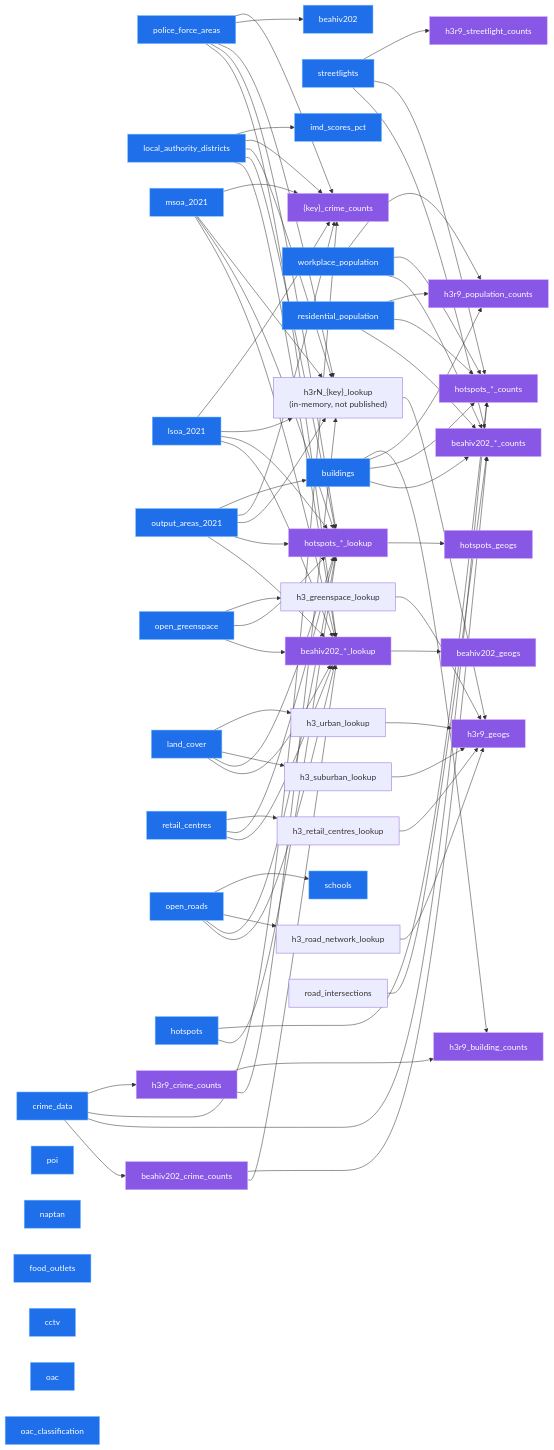
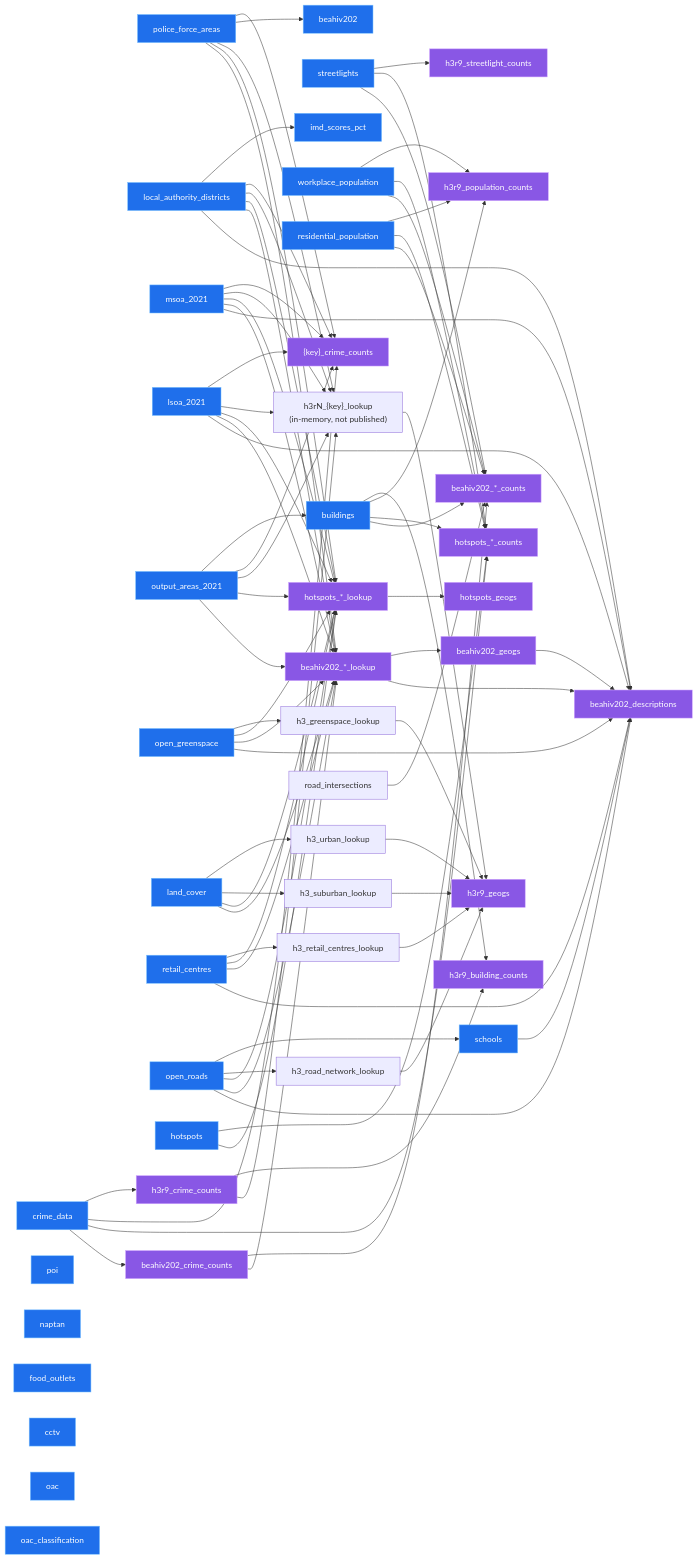
Before and after one commit to safer-streets/safer-streets-tooling: the diagram in README.md, drawn with Mermaid. The commit also changed other lines of this file and 6 other files, not shown here.

First line of the commit message:
Add beahiv_descriptions: human-readable locations for BEAHIV cells (#21)

````diff
--- a/README.md
+++ b/README.md
@@ -121,6 +125,7 @@
    beahiv_counts_other["beahiv202_*_counts"]
    beahiv_lookups["beahiv202_*_lookup"]
    beahiv202_geogs
+   beahiv202_descriptions
 
    direction LR
 
@@ -200,10 +205,19 @@
     open_roads --> beahiv_lookups
     retail_centres --> beahiv_lookups
     beahiv_lookups --> beahiv202_geogs
+    beahiv202_geogs --> beahiv202_descriptions
+    beahiv_lookups --> beahiv202_descriptions
+    open_roads --> beahiv202_descriptions
+    open_greenspace --> beahiv202_descriptions
+    schools --> beahiv202_descriptions
+    retail_centres --> beahiv202_descriptions
+    local_authority_districts --> beahiv202_descriptions
+    msoa_2021 --> beahiv202_descriptions
+    lsoa_2021 --> beahiv202_descriptions
 
     %% colour by phase, tuned for dark backgrounds (white text on saturated fills, light strokes)
     classDef extract fill:#1f6feb,stroke:#79c0ff,stroke-width:1px,color:#ffffff;
     classDef transform fill:#8957e5,stroke:#d2a8ff,stroke-width:1px,color:#ffffff;
     class crime_data,police_force_areas,local_authority_districts,msoa_2021,lsoa_2021,output_areas_2021,open_greenspace,land_cover,buildings,retail_centres,open_roads,poi,naptan,food_outlets,streetlights,cctv,schools,imd_scores_pct,oac,oac_classification,workplace_population,residential_population,beahiv202,hotspots extract;
-    class h3r9_crime_counts,geog_crime_counts,beahiv_counts_other,h3r9_streetlight_counts,h3r9_building_counts,h3r9_population_counts,h3r9_geogs,hotspot_counts,hotspot_lookups,hotspots_geogs,beahiv202_crime_counts,beahiv_lookups,beahiv202_geogs transform;
+    class h3r9_crime_counts,geog_crime_counts,beahiv_counts_other,h3r9_streetlight_counts,h3r9_building_counts,h3r9_population_counts,h3r9_geogs,hotspot_counts,hotspot_lookups,hotspots_geogs,beahiv202_crime_counts,beahiv_lookups,beahiv202_geogs,beahiv202_descriptions transform;
 ```
````
